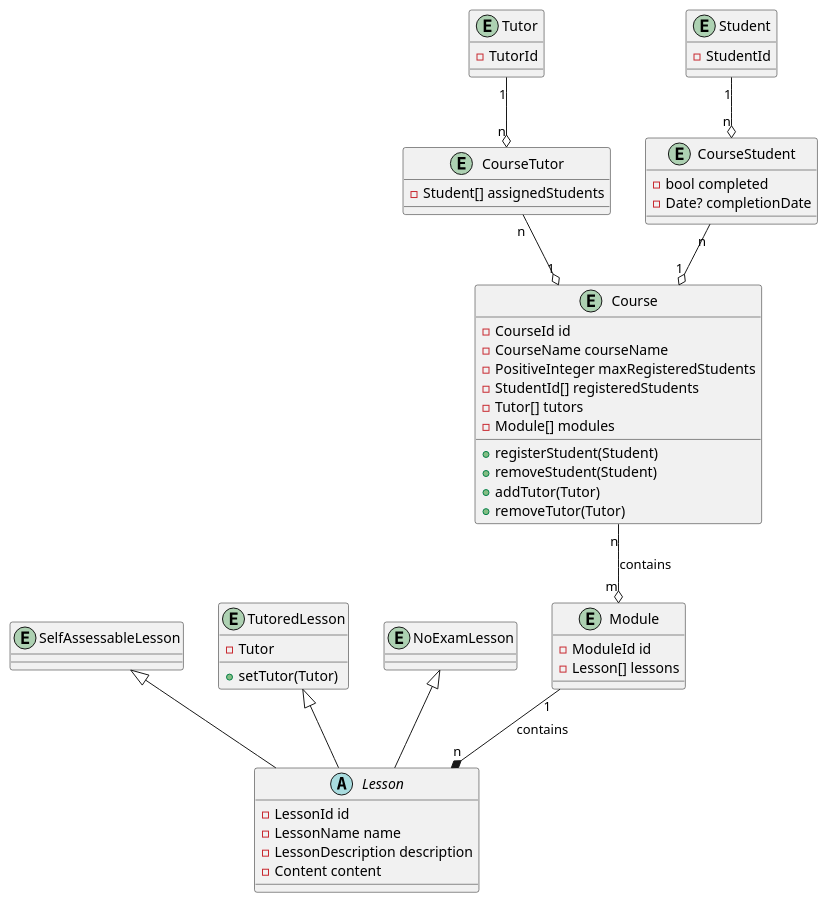
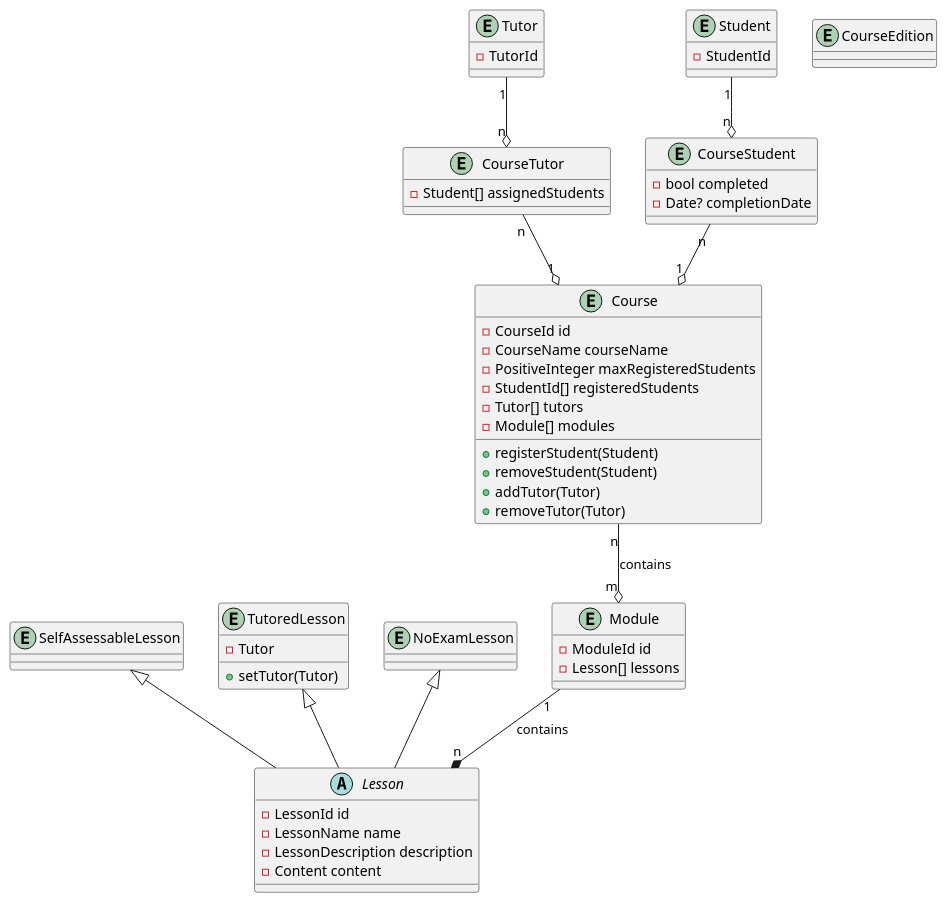
One commit to apiumhub/apium-academy-videos changed the diagram in diagrams/bc_courses.puml. Above: the diagram before and after it, drawn with PlantUML.

Commit message:
Add course edition to puml

```diff
--- a/diagrams/bc_courses.puml
+++ b/diagrams/bc_courses.puml
@@ -1,70 +1,73 @@
 @startuml
 
 entity Course {
   - CourseId id
   - CourseName courseName
   - PositiveInteger maxRegisteredStudents
   - StudentId[] registeredStudents
   - Tutor[] tutors
   - Module[] modules
   + registerStudent(Student)
   + removeStudent(Student)
   + addTutor(Tutor)
   + removeTutor(Tutor)
 }
 
 entity CourseTutor {
     - Student[] assignedStudents
 }
 
 entity CourseStudent {
     - bool completed
     - Date? completionDate
 }
 
 entity Module {
   - ModuleId id
   - Lesson[] lessons
+}
+
+entity CourseEdition {
 }
 
 abstract Lesson {
   - LessonId id
   - LessonName name
   - LessonDescription description
   - Content content
 }
 
 entity SelfAssessableLesson {
 
 }
 
 entity TutoredLesson {
   - Tutor
   + setTutor(Tutor)
 }
 
 entity NoExamLesson {
 }
 
 entity Student {
   - StudentId
 }
 entity Tutor {
   - TutorId
 }
 
 SelfAssessableLesson <|-- Lesson
 TutoredLesson <|-- Lesson
 NoExamLesson <|-- Lesson
 
 Course "n" --o "m" Module: contains
 Module "1" --* "n" Lesson: contains
 
 Student "1" --o "n" CourseStudent
 CourseStudent "n" --o "1" Course
 
 Tutor "1" --o "n" CourseTutor
 CourseTutor "n" --o "1" Course
 
 
 @enduml
```
